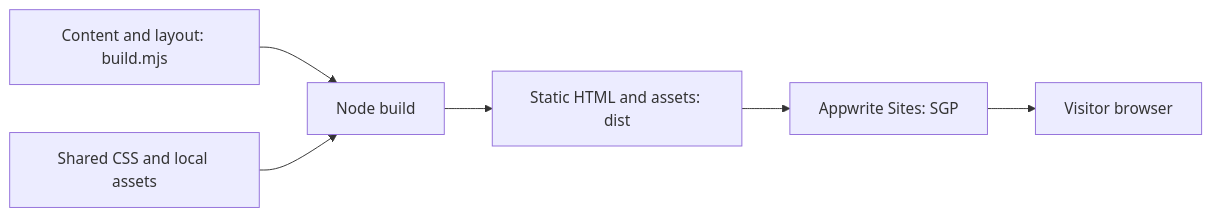
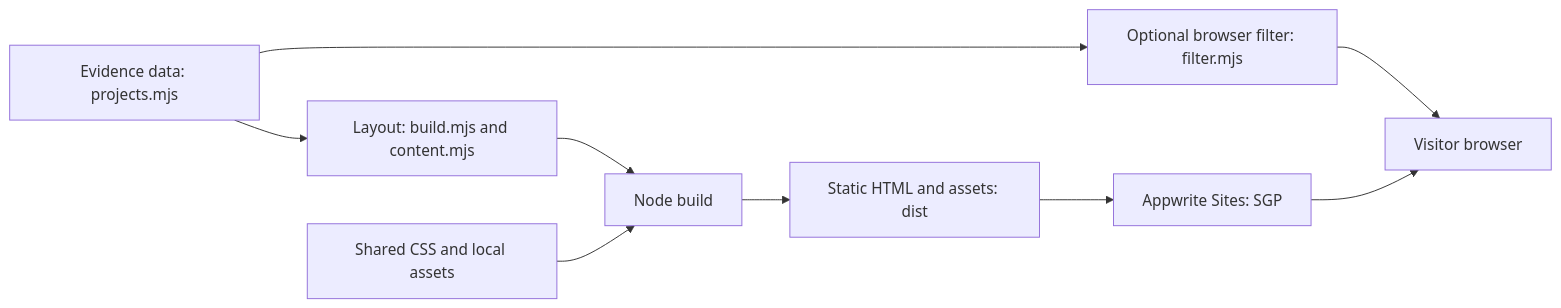
One commit to ChiragAgg5k/ul-university-notes changed the first of 3 diagrams in 2026-27/SEM1/CS5709 - Software Engineering Evolution/Assignment 1/DESIGN.md. Above: the diagram before and after it, drawn with Mermaid. The commit also changed other lines of this file and 11 other files, not shown here.

````diff
--- a/2026-27/SEM1/CS5709 - Software Engineering Evolution/Assignment 1/DESIGN.md
+++ b/2026-27/SEM1/CS5709 - Software Engineering Evolution/Assignment 1/DESIGN.md
@@ -16,8 +16,11 @@
 ```mermaid
 flowchart LR
-  Source[Content and layout: build.mjs] --> Build[Node build]
+  Source[Layout: build.mjs and content.mjs] --> Build[Node build]
+  Data[Evidence data: projects.mjs] --> Source
+  Data --> Filter[Optional browser filter: filter.mjs]
+  Filter --> Browser
   CSS[Shared CSS and local assets] --> Build
   Build --> HTML[Static HTML and assets: dist]
   HTML --> Host[Appwrite Sites: SGP]
   Host --> Browser[Visitor browser]
 ```
````
